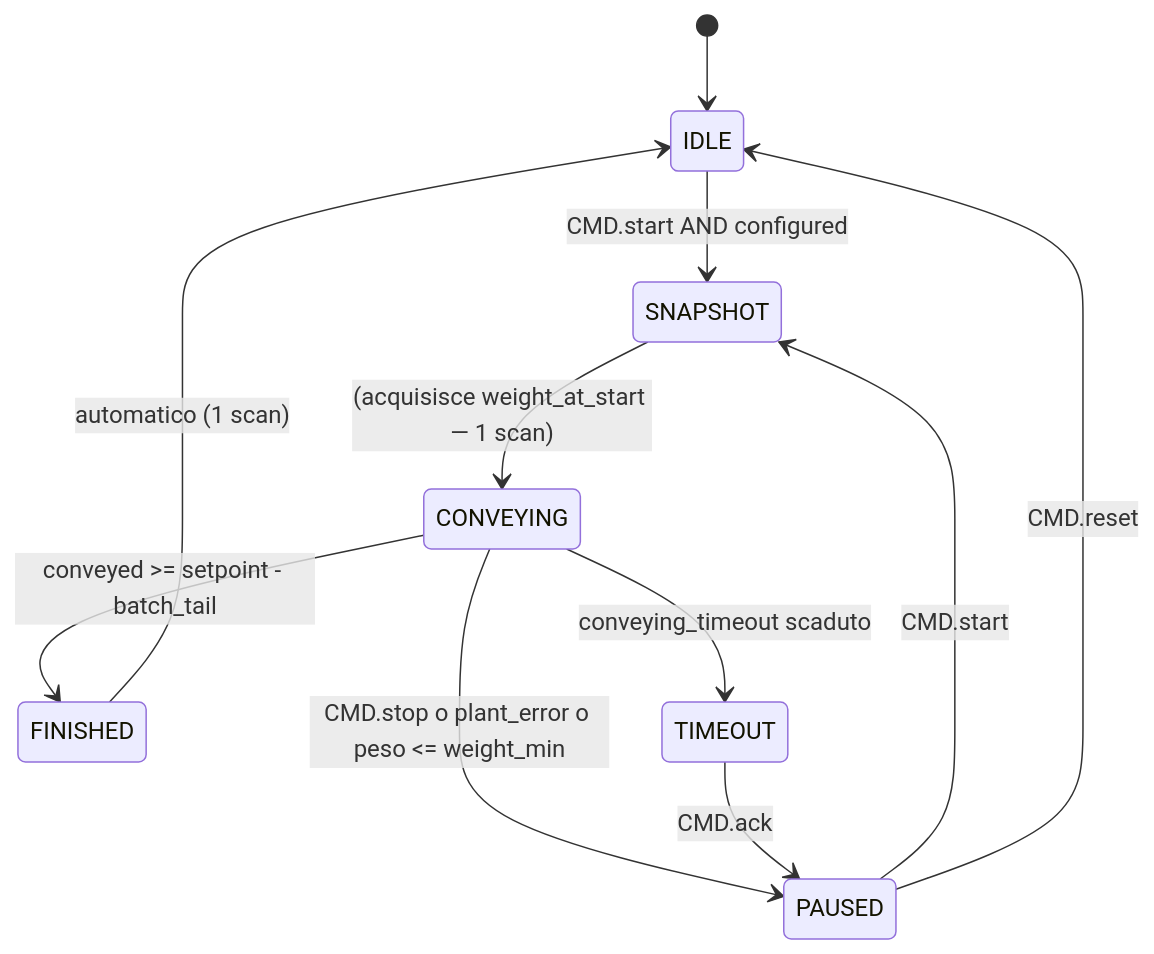
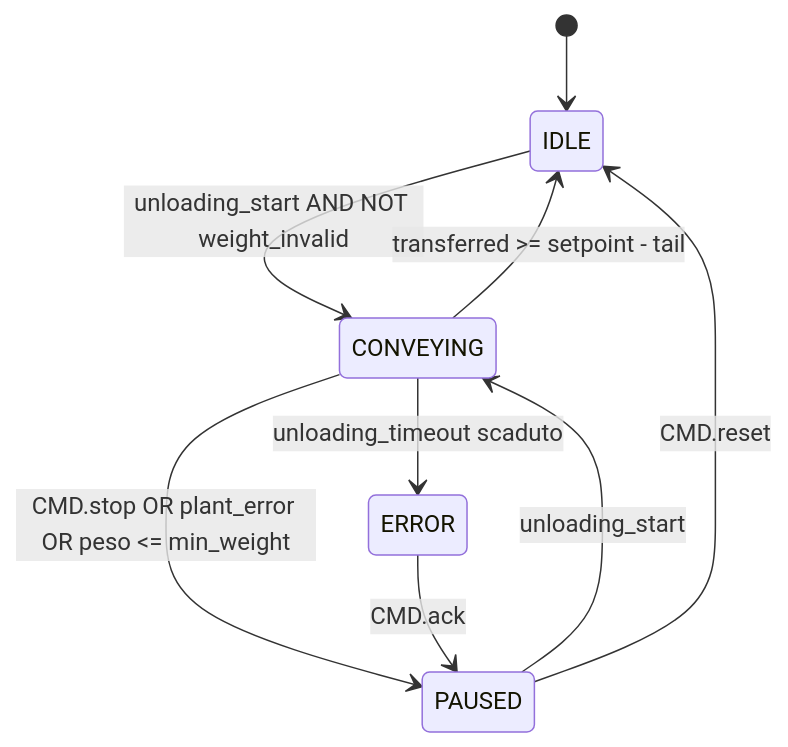
One commit to AleFire99/TIA_knowledge changed the third of 3 diagrams in docs/library/load-cells/index.it.md. Above: the diagram before and after it, drawn with Mermaid. The commit also changed other lines of this file and 95 other files, not shown here.

````diff
--- a/docs/library/load-cells/index.it.md
+++ b/docs/library/load-cells/index.it.md
@@ -174,14 +229,12 @@
 ```mermaid
 stateDiagram-v2
     [*] --> IDLE
 
-    IDLE --> SNAPSHOT : CMD.start AND configured
-    SNAPSHOT --> CONVEYING : (acquisisce weight_at_start — 1 scan)
-    CONVEYING --> FINISHED : conveyed >= setpoint - batch_tail
-    CONVEYING --> PAUSED : CMD.stop o plant_error o peso <= weight_min
-    CONVEYING --> TIMEOUT : conveying_timeout scaduto
-    FINISHED --> IDLE : automatico (1 scan)
-    PAUSED --> SNAPSHOT : CMD.start
+    IDLE --> CONVEYING : unloading_start AND NOT weight_invalid
+    CONVEYING --> IDLE : transferred >= setpoint - tail
+    CONVEYING --> PAUSED : CMD.stop OR plant_error OR peso <= min_weight
+    CONVEYING --> ERROR : unloading_timeout scaduto
+    PAUSED --> CONVEYING : unloading_start
     PAUSED --> IDLE : CMD.reset
-    TIMEOUT --> PAUSED : CMD.ack
+    ERROR --> PAUSED : CMD.ack
 ```
````
